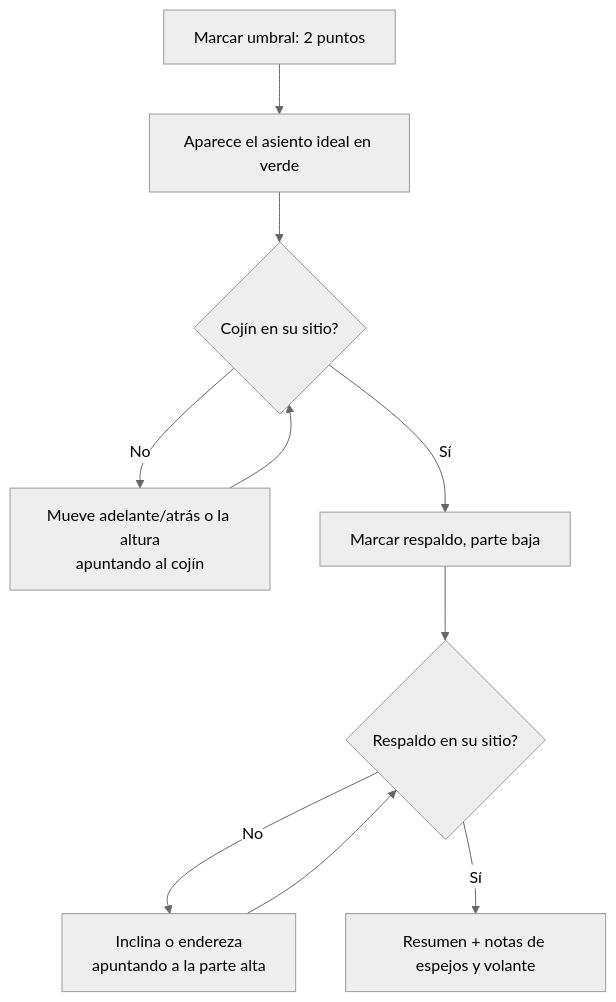
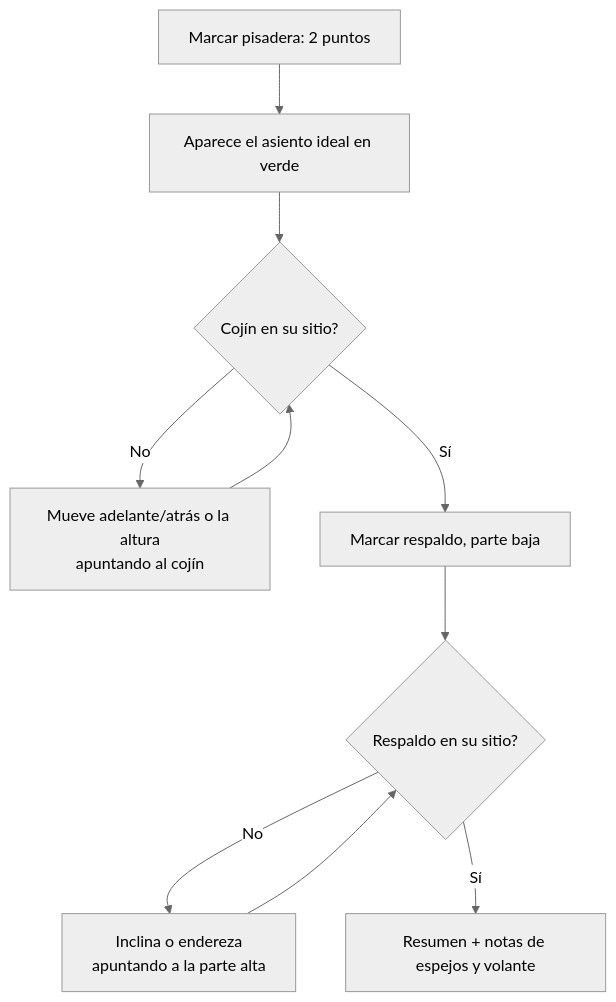
The diagram in docs/uso-en-el-auto.md (jhonjairo6230/my-car-possition), drawn with Mermaid (neutral theme) before and after one commit. The commit also changed other lines of this file and 9 other files, not shown here.

````diff
--- a/docs/uso-en-el-auto.md
+++ b/docs/uso-en-el-auto.md
@@ -44,10 +59,10 @@
 ```mermaid
 flowchart TD
-    A[Marcar umbral: 2 puntos] --> B[Aparece el asiento ideal en verde]
+    A[Marcar pisadera: 2 puntos] --> B[Aparece el asiento ideal en verde]
     B --> C{Cojín en su sitio?}
     C -- No --> C1[Mueve adelante/atrás o la altura<br/>apuntando al cojín] --> C
     C -- Sí --> D[Marcar respaldo, parte baja]
     D --> E{Respaldo en su sitio?}
     E -- No --> E1[Inclina o endereza<br/>apuntando a la parte alta] --> E
     E -- Sí --> F[Resumen + notas de espejos y volante]
 ```
````
